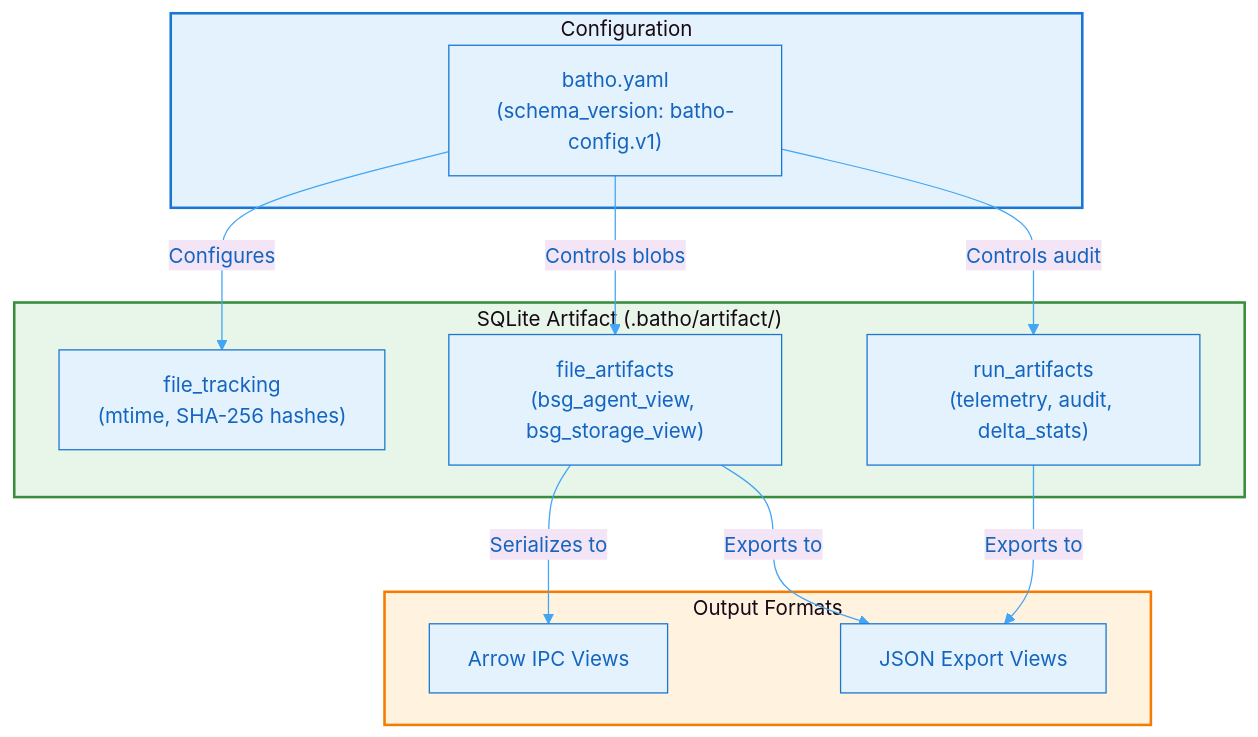
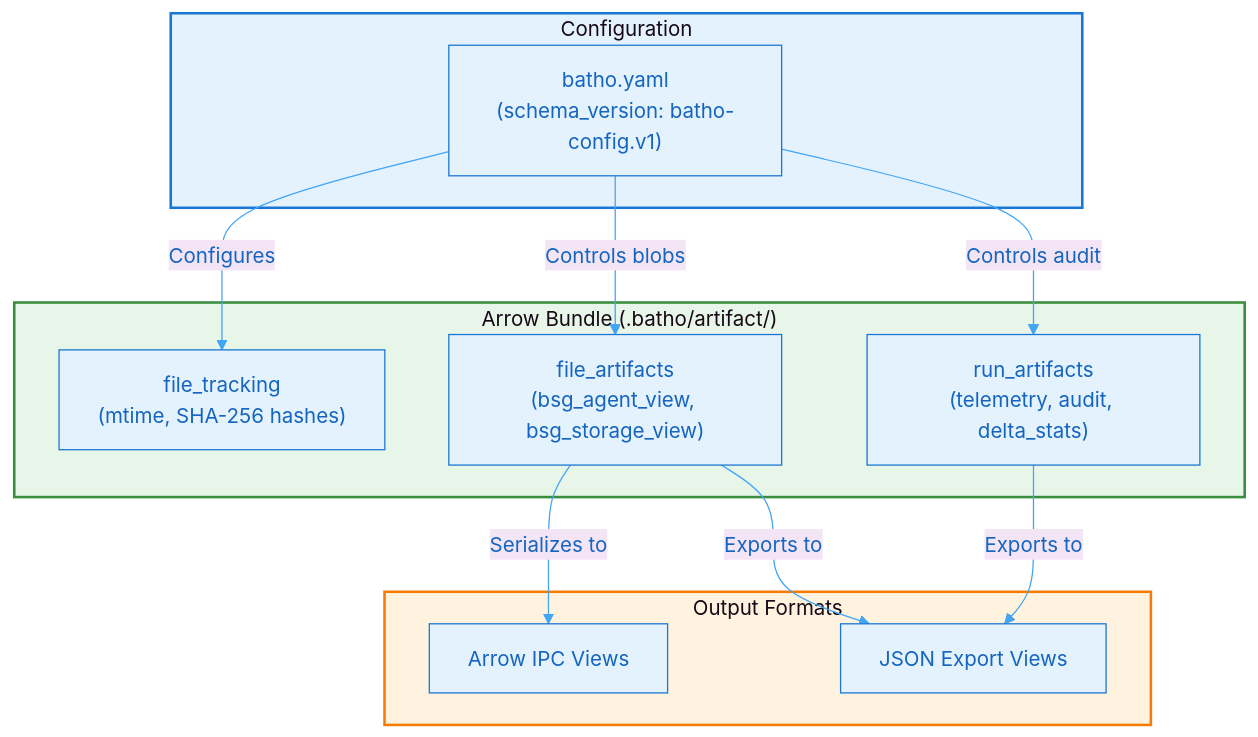
The diagram in docs-site/docs/whitepaper/appendix.md (sageoz/Batho), drawn with Mermaid before and after one commit. The commit also changed other lines of this file and 17 other files, not shown here.

First line of the commit message:
docs: add CI/CD documentation section, update terminology from SQLite to Arrow bundle, improve fleet indexer configs

````diff
--- a/docs-site/docs/whitepaper/appendix.md
+++ b/docs-site/docs/whitepaper/appendix.md
@@ -21,29 +21,29 @@
 ```mermaid
 %%{init: {'theme': 'base', 'themeVariables': { 'primaryColor': '#e3f2fd', 'primaryTextColor': '#1565c0', 'primaryBorderColor': '#1976d2', 'lineColor': '#42a5f5', 'secondaryColor': '#f3e5f5', 'tertiaryColor': '#e8f5e9'}}}%%
 flowchart TB
     subgraph Config["Configuration"]
         BATHO_YAML["batho.yaml<br/>(schema_version: batho-config.v1)"]
     end
 
-    subgraph Database["SQLite Artifact (.batho/artifact/)"]
+    subgraph Database["Arrow Bundle (.batho/artifact/)"]
         TRACKING["file_tracking<br/>(mtime, SHA-256 hashes)"]
         FILE_ARTS["file_artifacts<br/>(bsg_agent_view, bsg_storage_view)"]
         RUN_ARTS["run_artifacts<br/>(telemetry, audit, delta_stats)"]
     end
 
     subgraph Output["Output Formats"]
         ARROW["Arrow IPC Views"]
         JSON["JSON Export Views"]
     end
 
     BATHO_YAML -->|"Configures"| TRACKING
     BATHO_YAML -->|"Controls blobs"| FILE_ARTS
     BATHO_YAML -->|"Controls audit"| RUN_ARTS
     FILE_ARTS -->|"Serializes to"| ARROW
     FILE_ARTS -->|"Exports to"| JSON
     RUN_ARTS -->|"Exports to"| JSON
 
     style Config fill:#e3f2fd,stroke:#1976d2,stroke-width:2px
     style Database fill:#e8f5e9,stroke:#388e3c,stroke-width:2px
     style Output fill:#fff3e0,stroke:#f57c00,stroke-width:2px
 ```
````
